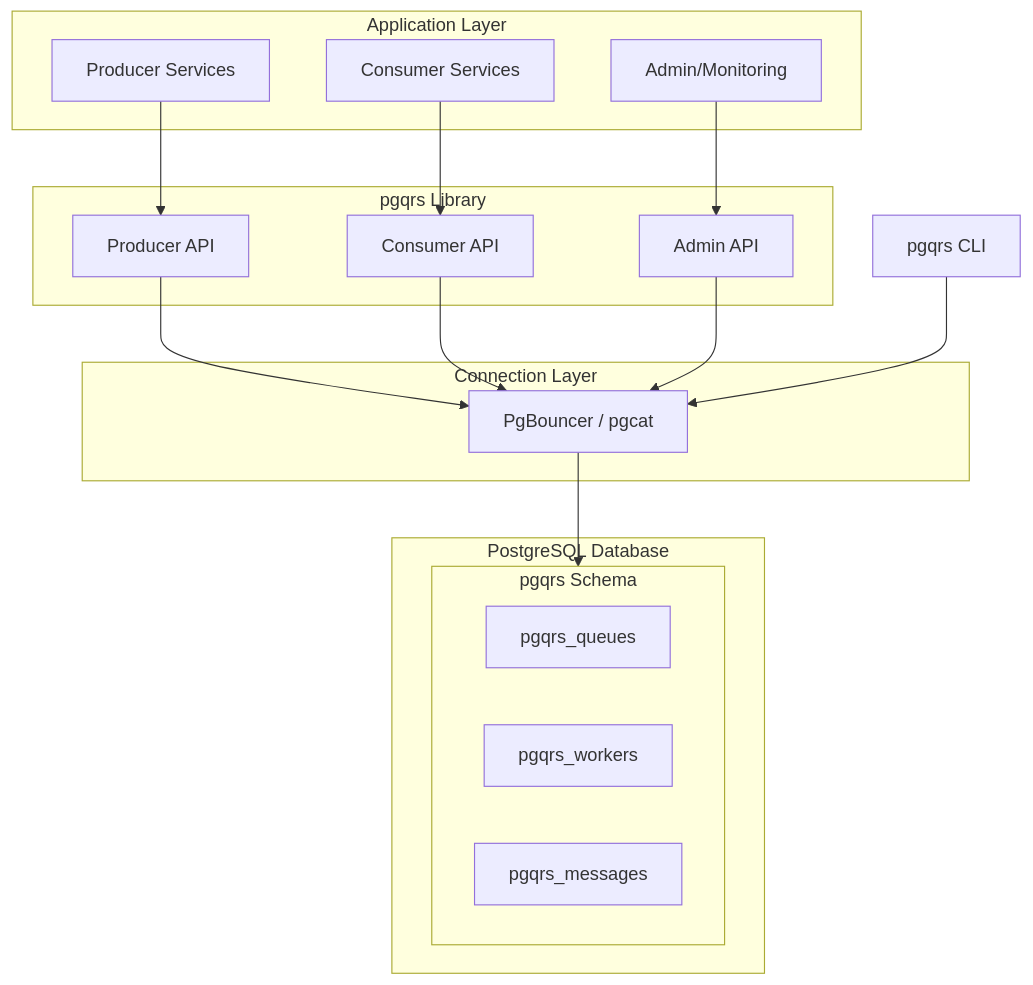
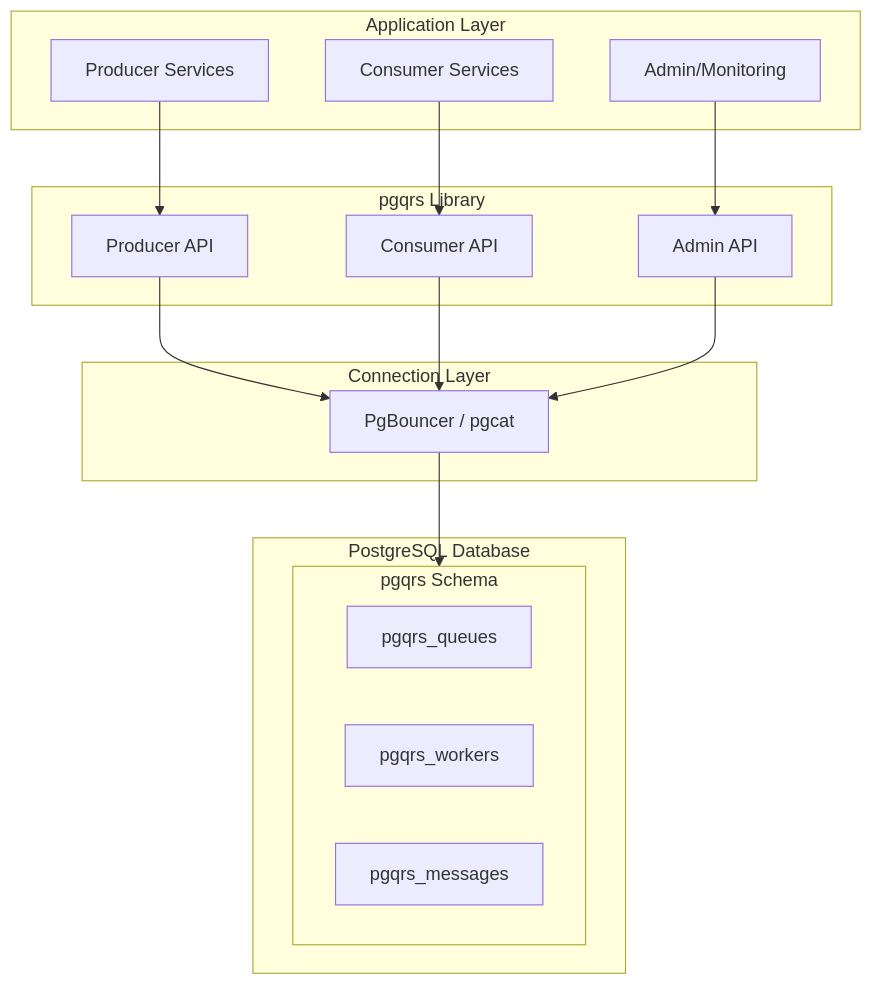
Before and after one commit to vrajat/pgqrs: the first of 3 diagrams in docs/user-guide/concepts/architecture.md, drawn with Mermaid. The commit also changed 33 other files, not shown here.

````diff
--- a/docs/user-guide/concepts/architecture.md
+++ b/docs/user-guide/concepts/architecture.md
@@ -11,39 +11,35 @@
 ```mermaid
 flowchart TB
     subgraph Apps["Application Layer"]
         P[Producer Services]
         W[Consumer Services]
         A[Admin/Monitoring]
     end
 
     subgraph APIs["pgqrs Library"]
         PROD[Producer API]
         CONS[Consumer API]
         ADM[Admin API]
     end
-
-    CLI[pgqrs CLI]
 
     subgraph Pool["Connection Layer"]
         CP[PgBouncer / pgcat]
     end
 
     subgraph PG["PostgreSQL Database"]
         subgraph Schema["pgqrs Schema"]
             QT[pgqrs_queues]
             WT[pgqrs_workers]
             MT[pgqrs_messages]
         end
     end
 
     P --> PROD
     W --> CONS
     A --> ADM
 
     PROD --> CP
     CONS --> CP
     ADM --> CP
-    CLI --> CP
-
     CP --> Schema
 ```
````
